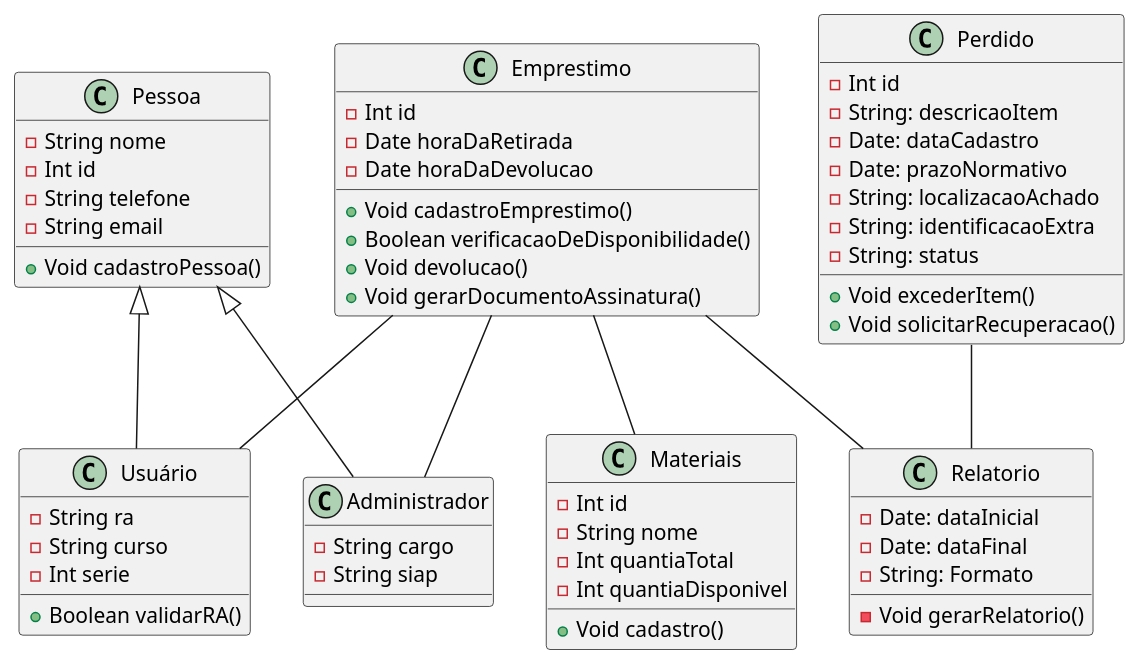
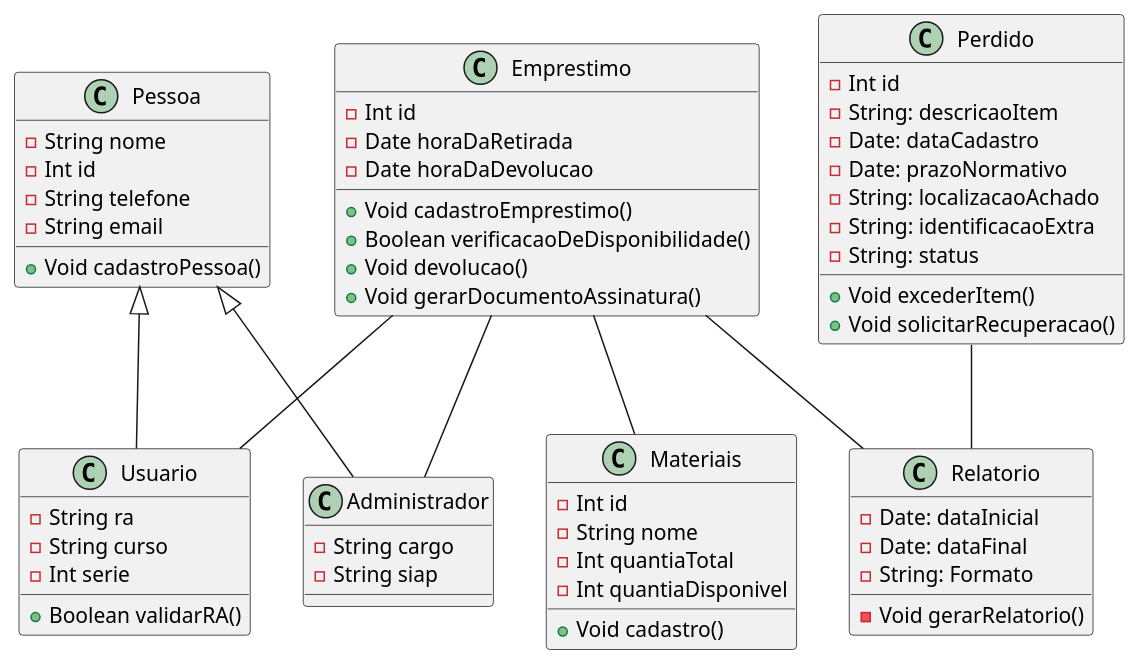
One commit to danielalvesmoura/APS-Compartilhado changed the diagram in diagramaDeClasse.puml. Above: the diagram before and after it, drawn with PlantUML.

```diff
--- a/diagramaDeClasse.puml
+++ b/diagramaDeClasse.puml
@@ -1,73 +1,73 @@
 @startuml   
 
 class Pessoa { 
     -String nome
     -Int id
     -String telefone
     -String email
 
     +Void cadastroPessoa()
 }
  
-class Usuário {
+class Usuario {
     -String ra
     -String curso
     -Int serie
 
     +Boolean validarRA()
 }
 
 class Administrador {
     -String cargo
     -String siap
 }
 
 class Materiais {
     -Int id
     -String nome
     -Int quantiaTotal
     -Int quantiaDisponivel
 
     +Void cadastro()
 }
 
 class Emprestimo{
     -Int id
     -Date horaDaRetirada
     -Date horaDaDevolucao
 
     +Void cadastroEmprestimo()
     +Boolean verificacaoDeDisponibilidade()
     +Void devolucao()
     +Void gerarDocumentoAssinatura()
 }
 
 class Perdido {
     -Int id
     -String: descricaoItem
     -Date: dataCadastro
     -Date: prazoNormativo
     -String: localizacaoAchado
     -String: identificacaoExtra
     -String: status
     +Void excederItem()
     +Void solicitarRecuperacao()
 }
 
 class Relatorio {
     -Date: dataInicial
     -Date: dataFinal
     -String: Formato
     -Void gerarRelatorio()
 }
 
 
-Pessoa <|-- Usuário
+Pessoa <|-- Usuario
 Pessoa <|-- Administrador
 Emprestimo -- Materiais
-Emprestimo -- Usuário
+Emprestimo -- Usuario
 Emprestimo -- Administrador
 Perdido -- Relatorio
 Emprestimo -- Relatorio
 
 @enduml
```
